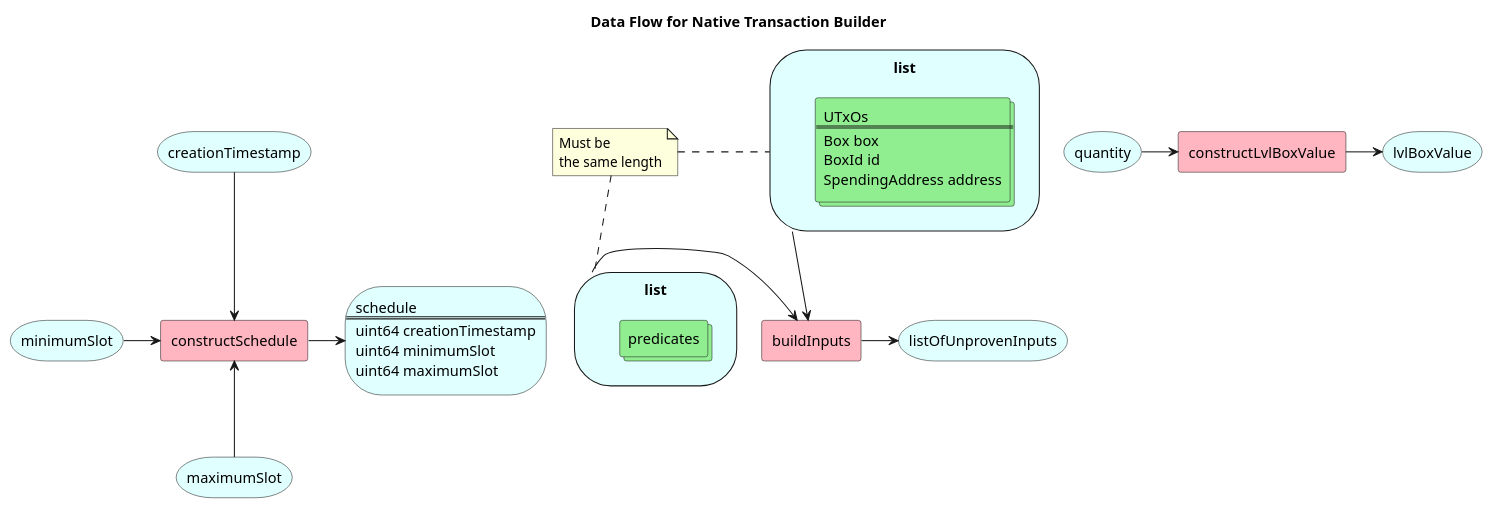
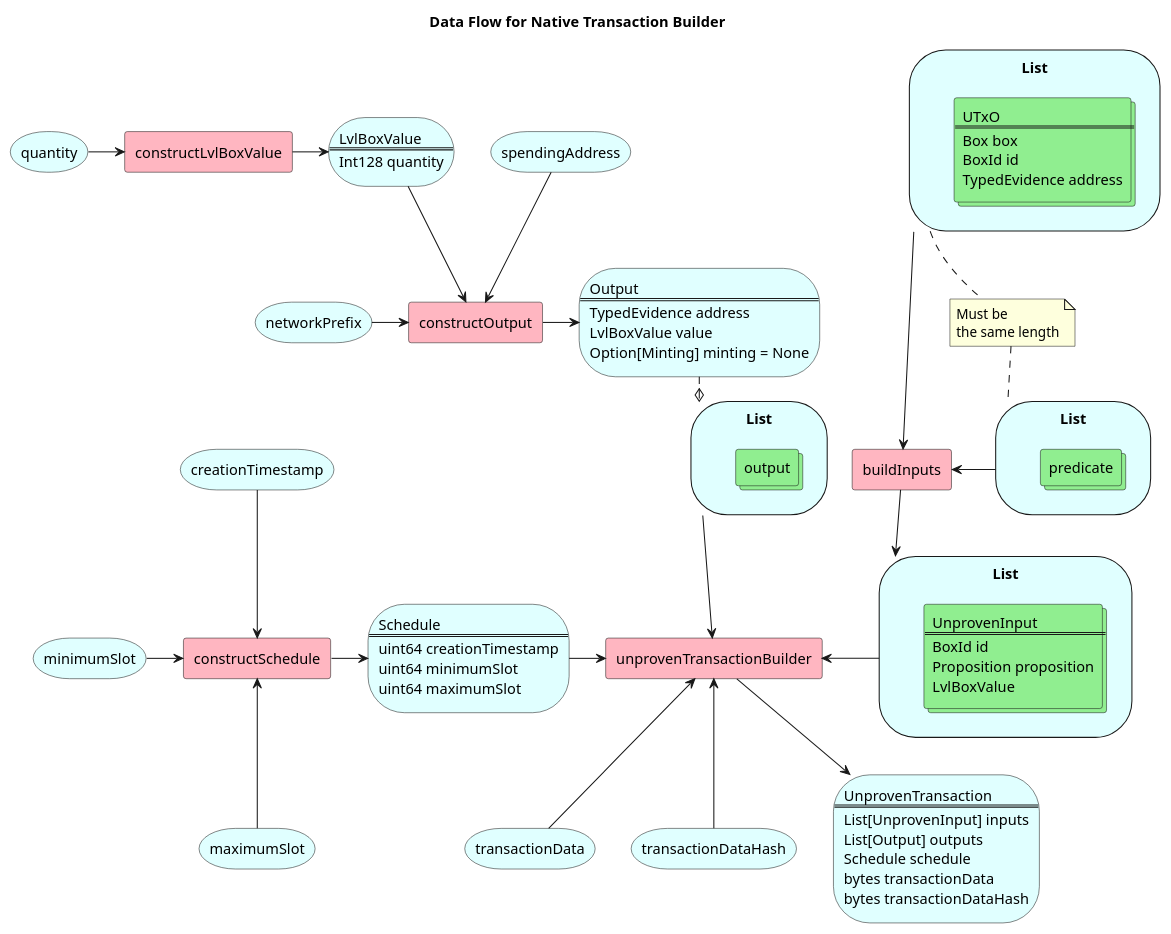
One commit to Topl/BramblSc-docs changed the diagram in docs/Modules/NativeTransactor/transaction_builder.puml. Above: the diagram before and after it, drawn with PlantUML.

Commit message:
Unproven transaction

```diff
--- a/docs/Modules/NativeTransactor/transaction_builder.puml
+++ b/docs/Modules/NativeTransactor/transaction_builder.puml
@@ -1,56 +1,107 @@
 @startuml
 title Data Flow for Native Transaction Builder
 skinparam rectangle {
   BackgroundColor LightPink
 }
 skinparam storage {
   BackgroundColor LightCyan
 }
 skinparam collections {
   BackgroundColor LightGreen
 }
-storage list as list_of_UTxOs {
+storage List as list_of_UTxOs {
   collections UTxOs [
-    UTxOs
+    UTxO
     ==
     Box box
     BoxId id
-    SpendingAddress address
+    TypedEvidence address
   ]
 }
-storage list as list_of_predicates {
-  collections predicates
+storage List as list_of_predicates {
+  collections predicate
 }
 rectangle buildInputs
-storage listOfUnprovenInputs
+storage List as listOfUnprovenInputs {
+  collections UnprovenInput [
+    UnprovenInput
+    ==
+    BoxId id
+    Proposition proposition
+    LvlBoxValue
+  ]
+}
 storage creationTimestamp
 storage minimumSlot
 storage maximumSlot
 storage schedule [
-schedule
+Schedule
 ==
 uint64 creationTimestamp
 uint64 minimumSlot
 uint64 maximumSlot
 ]
 rectangle constructSchedule
 storage quantity
 rectangle constructLvlBoxValue
-storage lvlBoxValue
+storage LvlBoxValue [
+  LvlBoxValue
+  ==
+  Int128 quantity
+]
+storage networkPrefix
+storage spendingAddress
+rectangle constructOutput
+storage Output [
+  Output
+  ==
+  TypedEvidence address
+  LvlBoxValue value
+  Option[Minting] minting = None
+]
+storage List as list_of_outputs {
+    collections output
+}
+storage transactionData
+storage transactionDataHash
+rectangle unprovenTransactionBuilder
+storage UnprovenTransaction [
+  UnprovenTransaction
+  ==
+  List[UnprovenInput] inputs
+  List[Output] outputs
+  Schedule schedule
+  bytes transactionData
+  bytes transactionDataHash
+]
 
 creationTimestamp --> constructSchedule
 minimumSlot -> constructSchedule
 constructSchedule <-- maximumSlot
 constructSchedule -> schedule
 
-list_of_predicates -> buildInputs
+buildInputs <- list_of_predicates
 list_of_UTxOs --> buildInputs
-buildInputs -> listOfUnprovenInputs
+buildInputs --> listOfUnprovenInputs
 
 quantity -> constructLvlBoxValue
-constructLvlBoxValue -> lvlBoxValue
+constructLvlBoxValue -> LvlBoxValue
 
 note "Must be \nthe same length" as N1
 N1 .. list_of_predicates
-N1 . list_of_UTxOs
+list_of_UTxOs .. N1
+
+networkPrefix -> constructOutput
+LvlBoxValue --> constructOutput
+spendingAddress -->constructOutput
+constructOutput -> Output
+
+Output ..o list_of_outputs
+
+unprovenTransactionBuilder <- listOfUnprovenInputs
+list_of_outputs --> unprovenTransactionBuilder
+schedule -> unprovenTransactionBuilder
+unprovenTransactionBuilder <-- transactionData
+unprovenTransactionBuilder <-- transactionDataHash
+unprovenTransactionBuilder --> UnprovenTransaction
 @enduml
```
